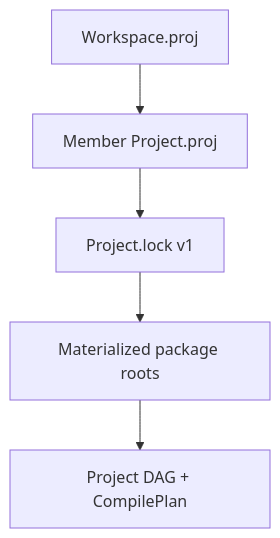
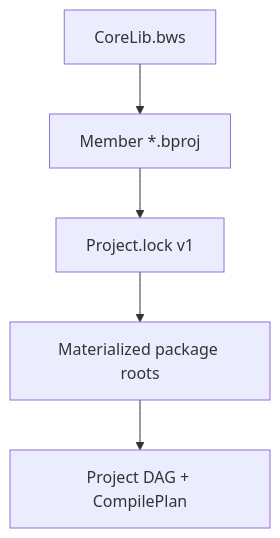
Before and after one commit to Cyber-Nomad-Collective/beskid: the diagram in site/website/src/content/docs/platform-spec/tooling/manifests-and-lockfiles/workspace-and-lock-contracts/design-model.mdx, drawn with Mermaid. The commit also changed other lines of this file and 30 other files, not shown here.

````diff
--- a/site/website/src/content/docs/platform-spec/tooling/manifests-and-lockfiles/workspace-and-lock-contracts/design-model.mdx
+++ b/site/website/src/content/docs/platform-spec/tooling/manifests-and-lockfiles/workspace-and-lock-contracts/design-model.mdx
@@ -43,11 +43,11 @@
 ```mermaid
 flowchart TB
-  WS[Workspace.proj]
-  PM[Member Project.proj]
+  WS[CoreLib.bws]
+  PM[Member *.bproj]
   Lock[Project.lock v1]
   Mat[Materialized package roots]
   WS --> PM
   PM --> Lock
   Lock --> Mat
   Mat --> Graph[Project DAG + CompilePlan]
 ```
````
